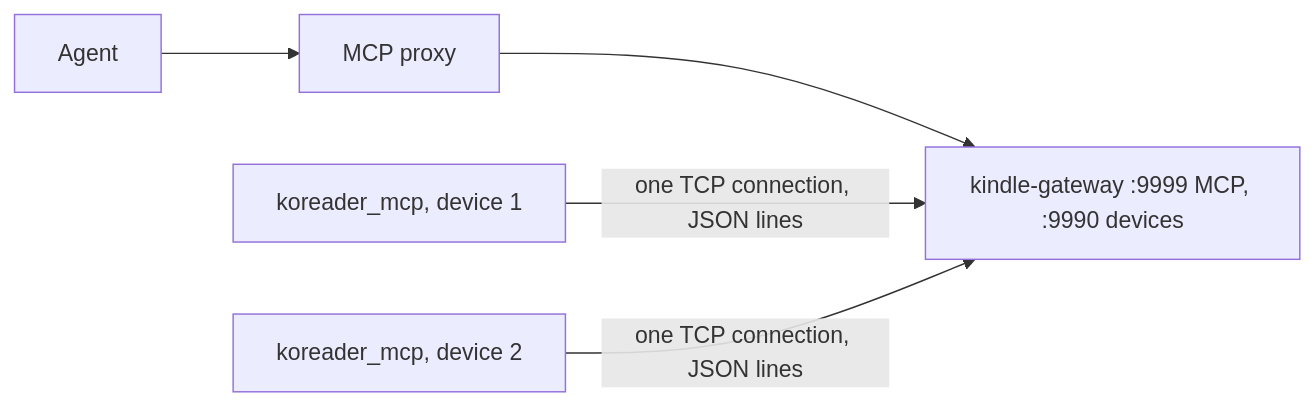
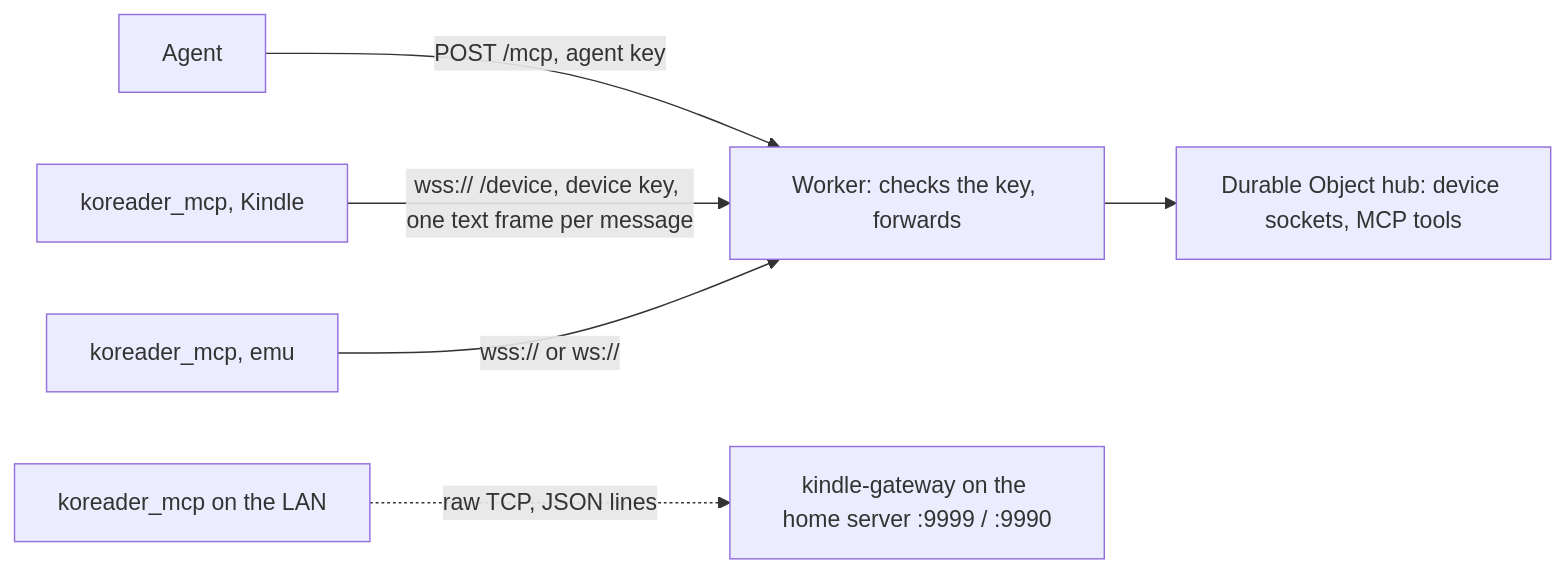
One commit to luutuankiet/koreader-ppw3 changed the diagram in docs/architecture/device-bridge.md. Above: the diagram before and after it, drawn with Mermaid. The commit also changed other lines of this file and 10 other files, not shown here.

First line of the commit message:
docs: Cloudflare gateway, GitHub registry and moving a Kindle

````diff
--- a/docs/architecture/device-bridge.md
+++ b/docs/architecture/device-bridge.md
@@ -11,7 +16,8 @@
 ```mermaid
 flowchart LR
-    A[Agent] --> P[MCP proxy]
-    P --> GW[kindle-gateway :9999 MCP, :9990 devices]
-    K1[koreader_mcp, device 1] -->|one TCP connection, JSON lines| GW
-    K2[koreader_mcp, device 2] -->|one TCP connection, JSON lines| GW
+    A[Agent] -->|POST /mcp, agent key| W[Worker: checks the key, forwards]
+    W --> H[Durable Object hub: device sockets, MCP tools]
+    K1[koreader_mcp, Kindle] -->|wss:// /device, device key, one text frame per message| W
+    K2[koreader_mcp, emu] -->|wss:// or ws://| W
+    K3[koreader_mcp on the LAN] -.->|raw TCP, JSON lines| N[kindle-gateway on the home server :9999 / :9990]
 ```
````
